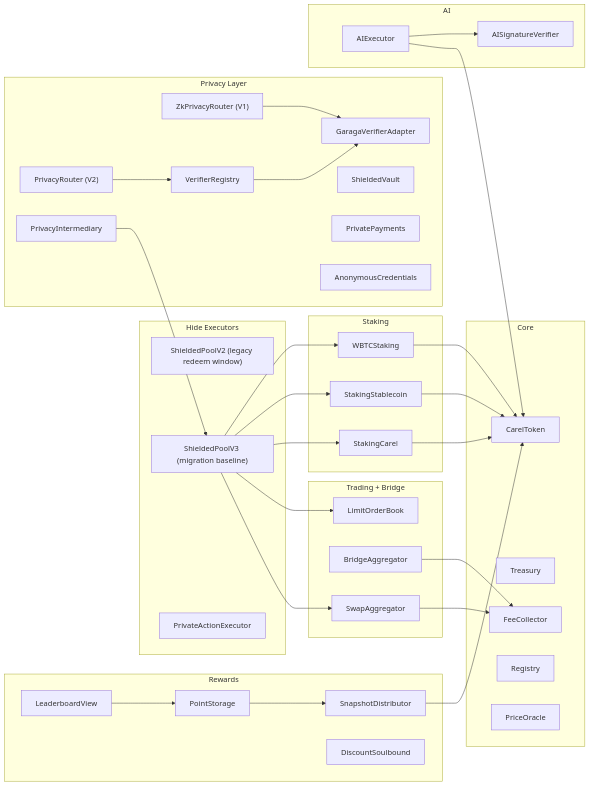
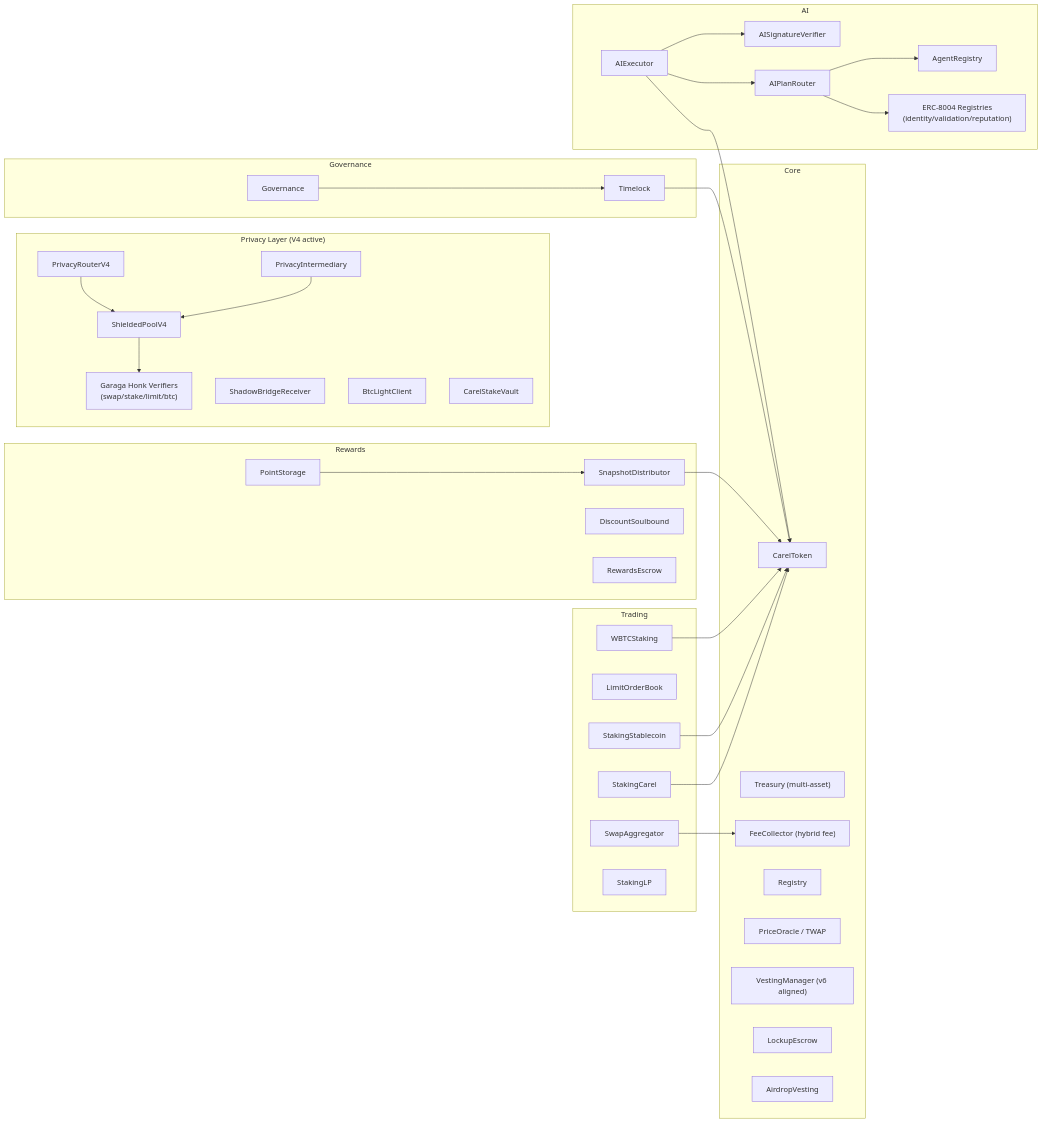
Before and after one commit to ntfound-dev/zkcarel_protocol: the first of 5 diagrams in smartcontract/starknet/cairo/README.md, drawn with Mermaid. The commit also changed other lines of this file and 78 other files, not shown here.

First line of the commit message:
feat: v6 protocol — security hardening, OZ components, LockupEscrow, AirdropVesting

````diff
--- a/smartcontract/starknet/cairo/README.md
+++ b/smartcontract/starknet/cairo/README.md
@@ -53,74 +73,72 @@
 ```mermaid
 flowchart LR
     subgraph CORE["Core"]
         CAREL["CarelToken"]
-        TREASURY["Treasury"]
-        FEE["FeeCollector"]
+        TREASURY["Treasury (multi-asset)"]
+        FEE["FeeCollector (hybrid fee)"]
         REG["Registry"]
-        ORACLE["PriceOracle"]
+        ORACLE["PriceOracle / TWAP"]
+        VEST["VestingManager (v6 aligned)"]
+        LOCKUP["LockupEscrow"]
+        AIRDROP["AirdropVesting"]
     end
 
-    subgraph TRADING["Trading + Bridge"]
+    subgraph TRADING["Trading"]
         SWAP["SwapAggregator"]
-        BRIDGE["BridgeAggregator"]
         LOB["LimitOrderBook"]
-    end
-
-    subgraph STAKING["Staking"]
         SCAREL["StakingCarel"]
         SSTABLE["StakingStablecoin"]
         SBTC["WBTCStaking"]
+        SLP["StakingLP"]
     end
 
-    subgraph PRIVACY["Privacy Layer"]
-        ZKV1["ZkPrivacyRouter (V1)"]
-        ZKV2["PrivacyRouter (V2)"]
+    subgraph PRIVACY["Privacy Layer (V4 active)"]
+        ROUTERV4["PrivacyRouterV4"]
+        POOLV4["ShieldedPoolV4"]
         PINTERM["PrivacyIntermediary"]
-        GADAPT["GaragaVerifierAdapter"]
-        VREG["VerifierRegistry"]
-        VAULT["ShieldedVault"]
-        PPAY["PrivatePayments"]
-        ACRED["AnonymousCredentials"]
-    end
-
-    subgraph HIDE["Hide Executors"]
-        EXECV2["ShieldedPoolV2 (legacy redeem window)"]
-        EXECV3["ShieldedPoolV3 (migration baseline)"]
-        EXECLEG["PrivateActionExecutor"]
+        VERIFIERS["Garaga Honk Verifiers\n(swap/stake/limit/btc)"]
+        SHADOW["ShadowBridgeReceiver"]
+        BTC["BtcLightClient"]
+        VAULT["CarelStakeVault"]
     end
 
     subgraph REWARDS["Rewards"]
         POINTS["PointStorage"]
         SNAP["SnapshotDistributor"]
         NFT["DiscountSoulbound"]
-        BOARD["LeaderboardView"]
+        ESCROW["RewardsEscrow"]
     end
 
     subgraph AI["AI"]
         AIEXEC["AIExecutor"]
         AIVER["AISignatureVerifier"]
+        AIROUTER["AIPlanRouter"]
+        AIREG["AgentRegistry"]
+        ERC8004["ERC-8004 Registries\n(identity/validation/reputation)"]
+    end
+
+    subgraph GOV["Governance"]
+        GOVERNANCE["Governance"]
+        TIMELOCK["Timelock"]
     end
 
     SWAP --> FEE
-    BRIDGE --> FEE
     SCAREL --> CAREL
     SSTABLE --> CAREL
     SBTC --> CAREL
 
-    EXECV3 --> SWAP
-    EXECV3 --> LOB
-    EXECV3 --> SCAREL
-    EXECV3 --> SSTABLE
-    EXECV3 --> SBTC
-
-    ZKV1 --> GADAPT
-    ZKV2 --> VREG
-    VREG --> GADAPT
-    PINTERM --> EXECV3
+    ROUTERV4 --> POOLV4
+    POOLV4 --> VERIFIERS
+    PINTERM --> POOLV4
 
     AIEXEC --> CAREL
     AIEXEC --> AIVER
+    AIEXEC --> AIROUTER
+    AIROUTER --> AIREG
+    AIROUTER --> ERC8004
+
     POINTS --> SNAP
     SNAP --> CAREL
-    BOARD --> POINTS
+    GOVERNANCE --> TIMELOCK
+    TIMELOCK --> CAREL
 ```
````
